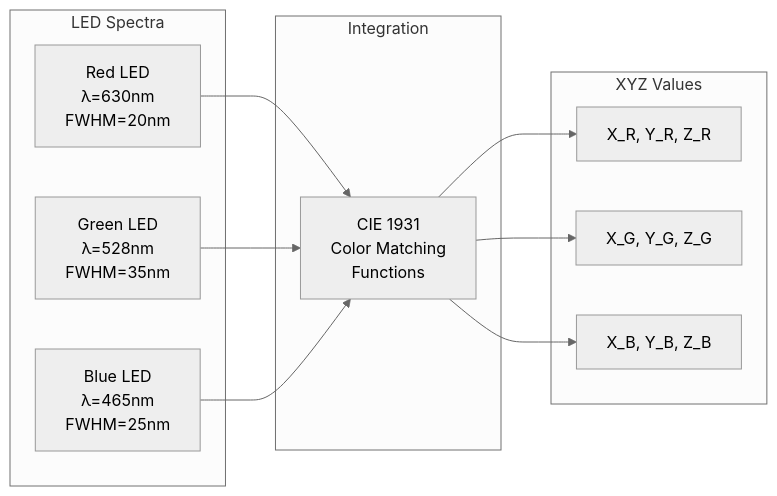
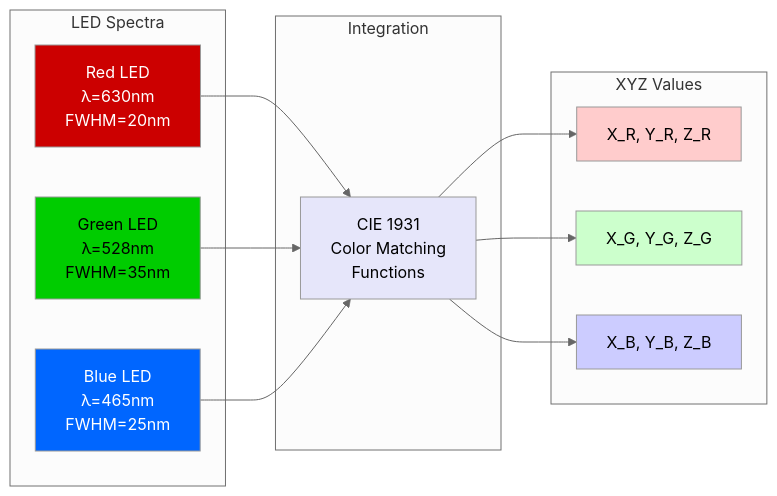
One commit to GlassOnTin/anduril changed the third of 4 diagrams in docs/color-science.md. Above: the diagram before and after it, drawn with Mermaid (neutral theme). The commit also changed other lines of this file, not shown here.

First line of the commit message:
Add colors to Mermaid diagrams in color science documentation

````diff
--- a/docs/color-science.md
+++ b/docs/color-science.md
@@ -211,22 +229,30 @@
 ```mermaid
 flowchart LR
     subgraph "LED Spectra"
         R["Red LED\nλ=630nm\nFWHM=20nm"]
         G["Green LED\nλ=528nm\nFWHM=35nm"]
         B["Blue LED\nλ=465nm\nFWHM=25nm"]
     end
 
     subgraph "Integration"
         CMF["CIE 1931\nColor Matching\nFunctions"]
     end
 
     subgraph "XYZ Values"
         RX["X_R, Y_R, Z_R"]
         GX["X_G, Y_G, Z_G"]
         BX["X_B, Y_B, Z_B"]
     end
 
     R --> CMF --> RX
     G --> CMF --> GX
     B --> CMF --> BX
+
+    style R fill:#CC0000,color:#fff
+    style G fill:#00CC00,color:#000
+    style B fill:#0066FF,color:#fff
+    style CMF fill:#E6E6FA,color:#000
+    style RX fill:#FFCCCC,color:#000
+    style GX fill:#CCFFCC,color:#000
+    style BX fill:#CCCCFF,color:#000
 ```
````
